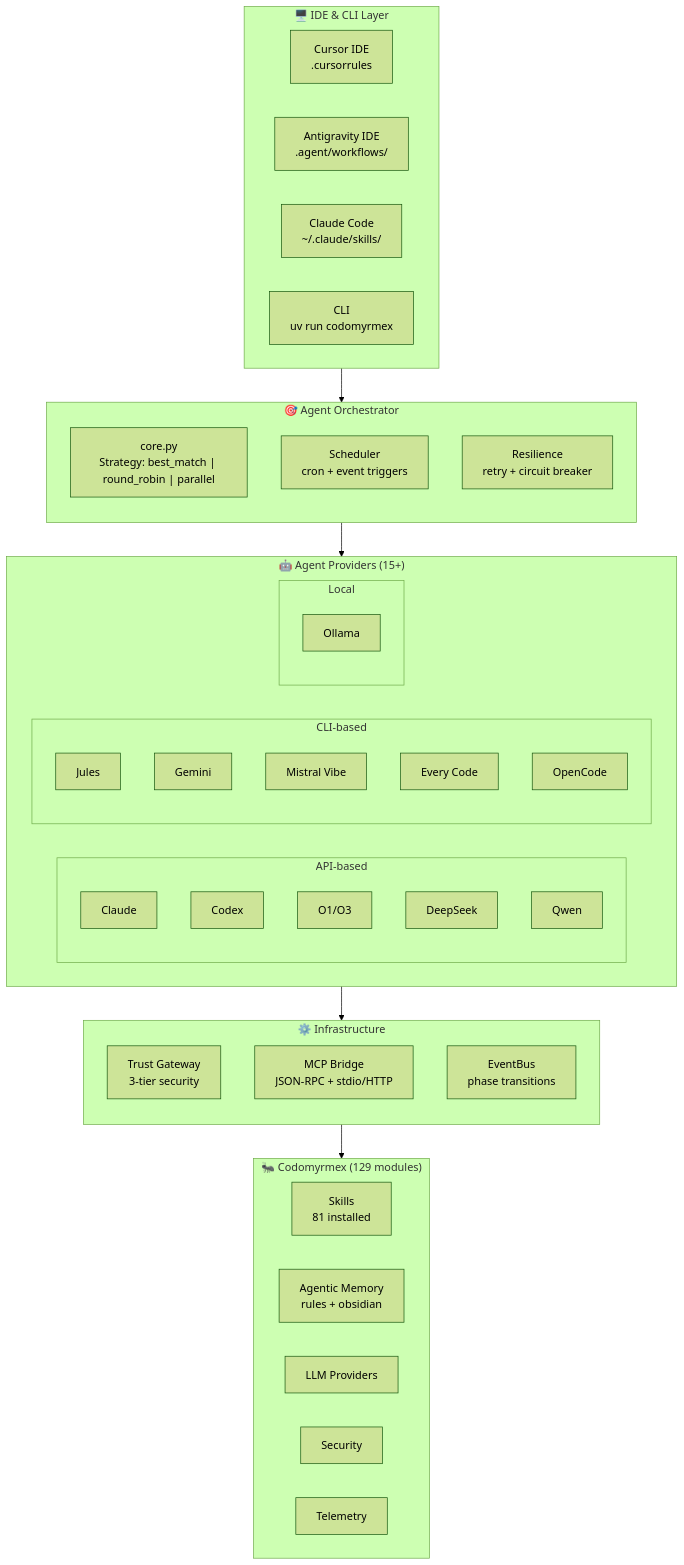
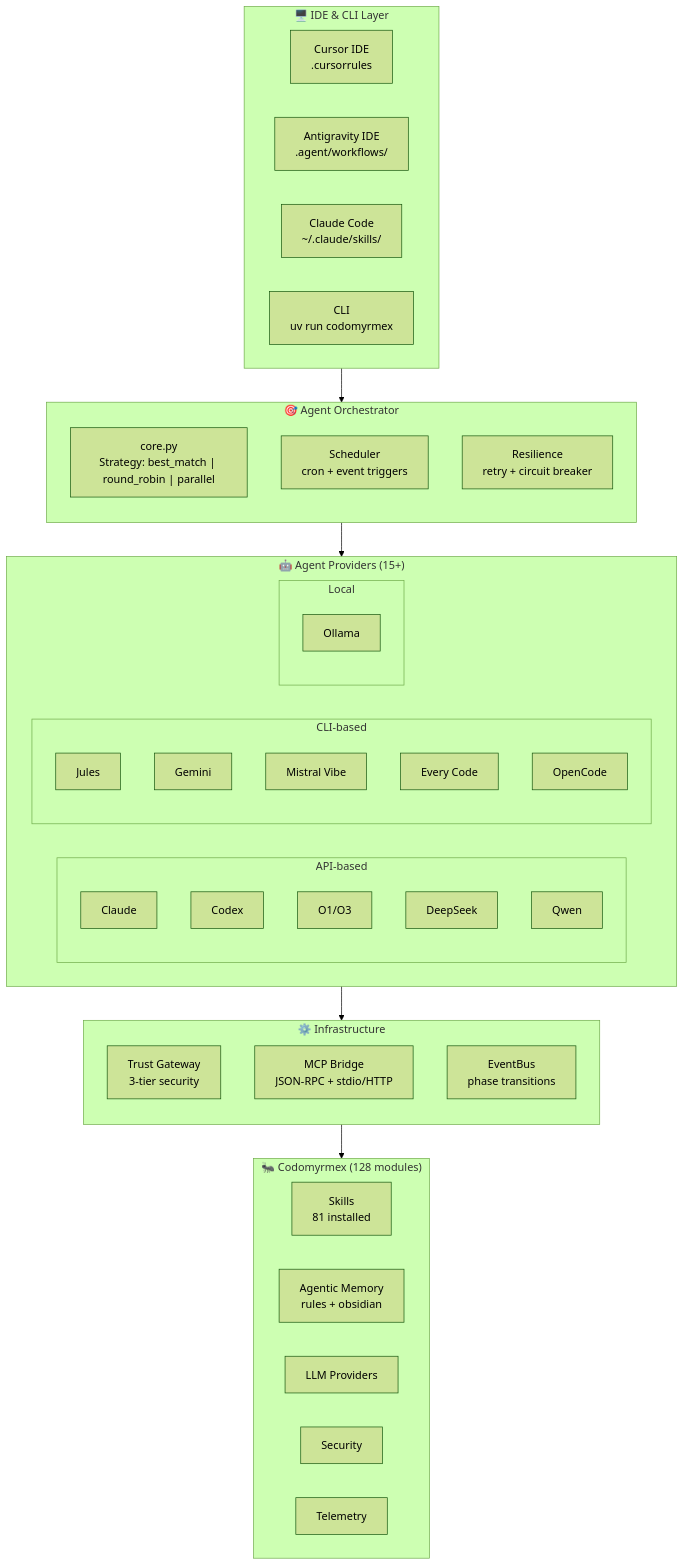
Before and after one commit to docxology/codomyrmex: the first of 11 diagrams in docs/getting-started/GETTING_STARTED_WITH_AGENTS.md, drawn with Mermaid (forest theme). The commit also changed other lines of this file and 91 other files, not shown here.

````diff
--- a/docs/getting-started/GETTING_STARTED_WITH_AGENTS.md
+++ b/docs/getting-started/GETTING_STARTED_WITH_AGENTS.md
@@ -13,59 +13,59 @@
 ```mermaid
 graph TB
     subgraph IDE["🖥️ IDE & CLI Layer"]
         direction LR
         CURSOR["Cursor IDE<br/>.cursorrules"]
         ANTIGRAV["Antigravity IDE<br/>.agent/workflows/"]
         CLAUDE_CODE["Claude Code<br/>~/.claude/skills/"]
         CLI["CLI<br/>uv run codomyrmex"]
     end
 
     subgraph ORCH["🎯 Agent Orchestrator"]
         direction TB
         CORE["core.py<br/>Strategy: best_match | round_robin | parallel"]
         SCHED["Scheduler<br/>cron + event triggers"]
         RESILIENCE["Resilience<br/>retry + circuit breaker"]
     end
 
     subgraph AGENTS["🤖 Agent Providers (15+)"]
         direction LR
         subgraph API_AGENTS["API-based"]
             CLAUDE["Claude"]
             CODEX["Codex"]
             O1["O1/O3"]
             DEEPSEEK["DeepSeek"]
             QWEN["Qwen"]
         end
         subgraph CLI_AGENTS["CLI-based"]
             JULES["Jules"]
             GEMINI["Gemini"]
             MISTRAL["Mistral Vibe"]
             EVERYCODE["Every Code"]
             OPENCODE["OpenCode"]
         end
         subgraph LOCAL_AGENTS["Local"]
             OLLAMA["Ollama"]
         end
     end
 
     subgraph INFRA["⚙️ Infrastructure"]
         direction TB
         TRUST["Trust Gateway<br/>3-tier security"]
         MCP["MCP Bridge<br/>JSON-RPC + stdio/HTTP"]
         EVENTS["EventBus<br/>phase transitions"]
     end
 
-    subgraph MODULES["🐜 Codomyrmex (129 modules)"]
+    subgraph MODULES["🐜 Codomyrmex (128 modules)"]
         direction LR
         SKILLS_MOD["Skills<br/>81 installed"]
         MEMORY_MOD["Agentic Memory<br/>rules + obsidian"]
         LLM_MOD["LLM Providers"]
         SEC_MOD["Security"]
         TELEM_MOD["Telemetry"]
     end
 
     IDE --> ORCH
     ORCH --> AGENTS
     AGENTS --> INFRA
     INFRA --> MODULES
 ```
````
